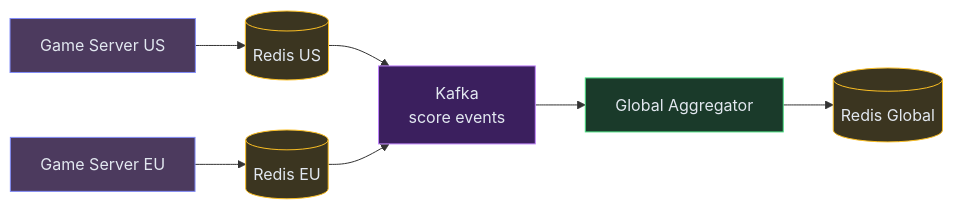
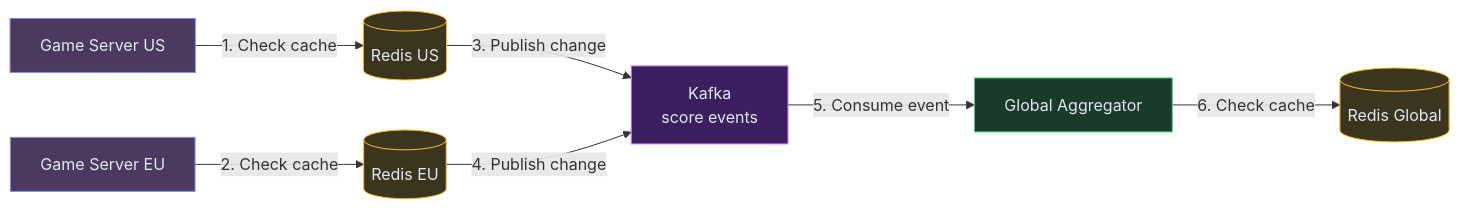
Before and after one commit to iluzn/HLD-Designs: the sixth of 7 diagrams in content/hld/Leaderboard.md, drawn with Mermaid. The commit also changed other lines of this file and 27 other files, not shown here.

````diff
--- a/content/hld/Leaderboard.md
+++ b/content/hld/Leaderboard.md
@@ -297,22 +297,22 @@
 ```mermaid
 flowchart LR
     G1["Game Server US"]:::client
     G2["Game Server EU"]:::client
     R1[("Redis US")]:::data
     R2[("Redis EU")]:::data
     K["Kafka<br/>score events"]:::async
     AGG["Global Aggregator"]:::service
     RG[("Redis Global")]:::data
 
-    G1 --> R1
-    G2 --> R2
-    R1 --> K
-    R2 --> K
-    K --> AGG
-    AGG --> RG
+    G1 -->|"1. Check cache"| R1
+    G2 -->|"2. Check cache"| R2
+    R1 -->|"3. Publish change"| K
+    R2 -->|"4. Publish change"| K
+    K -->|"5. Consume event"| AGG
+    AGG -->|"6. Check cache"| RG
 
     classDef client fill:#4c3a5e,stroke:#818cf8,color:#e2e8f0
     classDef service fill:#1a3a2a,stroke:#4ade80,color:#e2e8f0
     classDef data fill:#3b3520,stroke:#fbbf24,color:#e2e8f0
     classDef async fill:#3b1f5e,stroke:#c084fc,color:#e2e8f0
 ```
````
